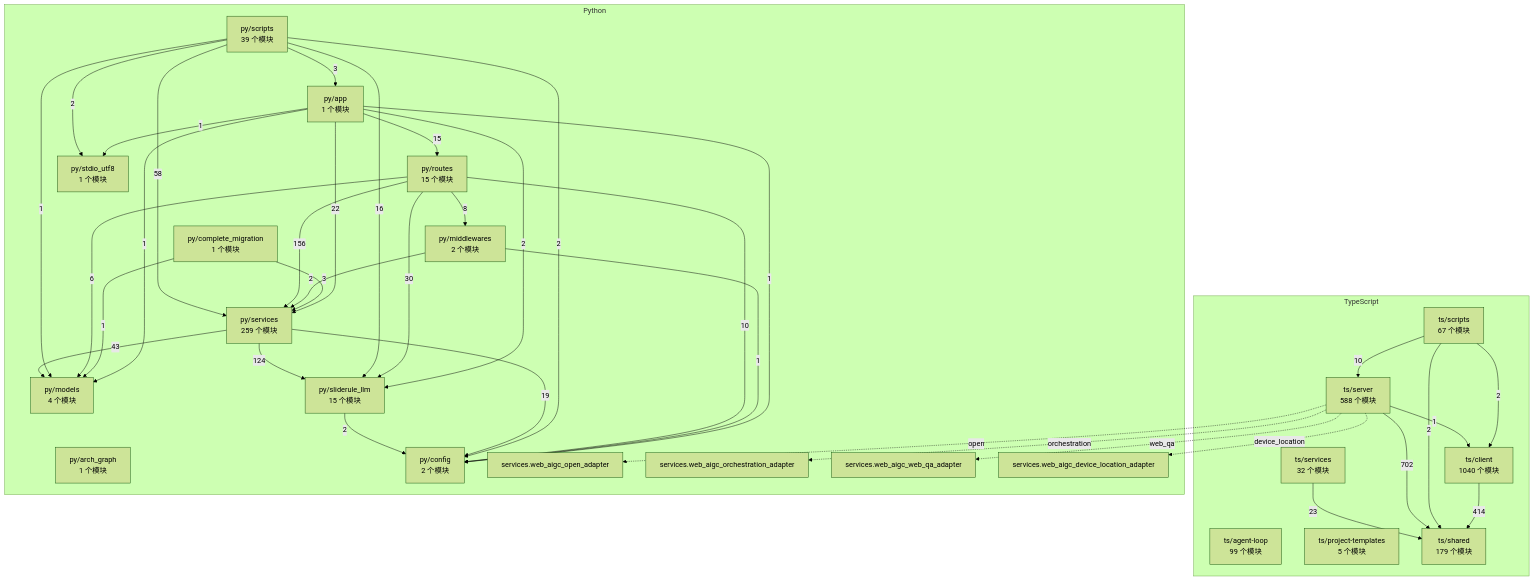
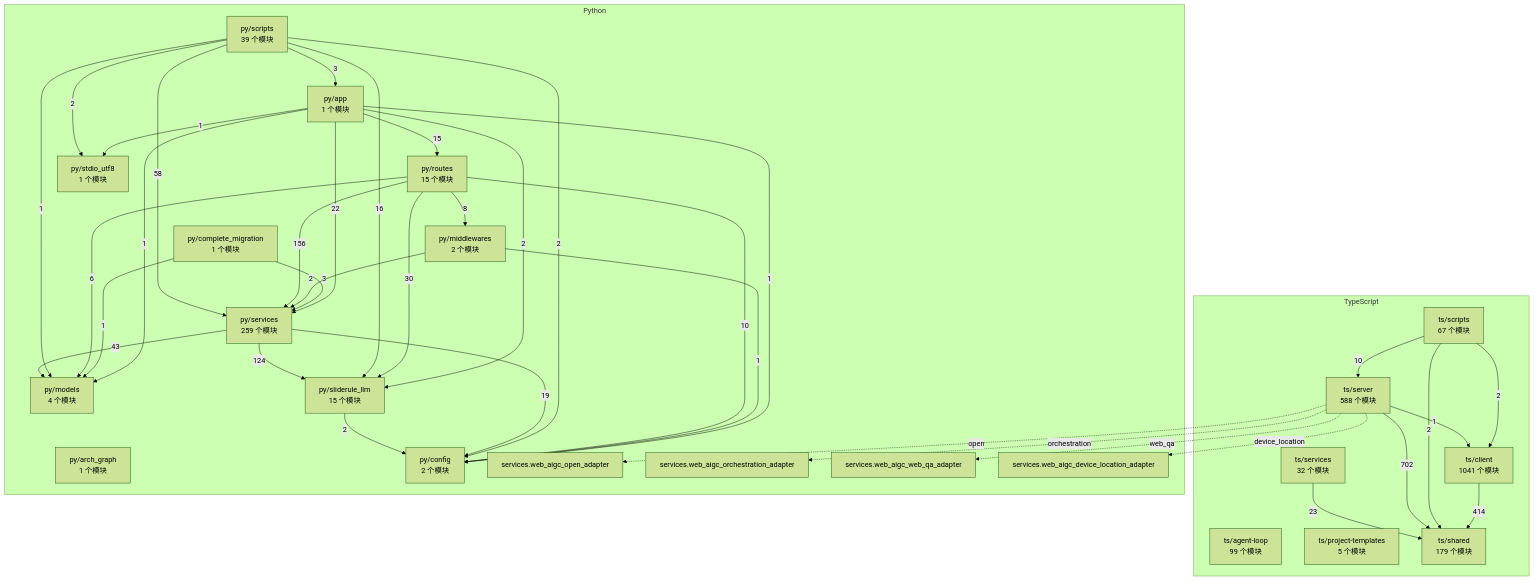
Before and after one commit to 2686521696/WhyBuddy: the diagram in docs/WhyBuddy 全仓架构图（自动生成）.md, drawn with Mermaid (forest theme). The commit also changed 7 other files, not shown here.

````diff
--- a/docs/WhyBuddy 全仓架构图（自动生成）.md
+++ b/docs/WhyBuddy 全仓架构图（自动生成）.md
@@ -14,65 +14,65 @@
 ```mermaid
 flowchart TB
   subgraph ts [TypeScript]
     ts_agent_loop["ts/agent-loop<br/>99 个模块"]
-    ts_client["ts/client<br/>1040 个模块"]
+    ts_client["ts/client<br/>1041 个模块"]
     ts_project_templates["ts/project-templates<br/>5 个模块"]
     ts_scripts["ts/scripts<br/>67 个模块"]
     ts_server["ts/server<br/>588 个模块"]
     ts_services["ts/services<br/>32 个模块"]
     ts_shared["ts/shared<br/>179 个模块"]
   end
   subgraph py [Python]
     py_app["py/app<br/>1 个模块"]
     py_arch_graph["py/arch_graph<br/>1 个模块"]
     py_complete_migration["py/complete_migration<br/>1 个模块"]
     py_config["py/config<br/>2 个模块"]
     py_middlewares["py/middlewares<br/>2 个模块"]
     py_models["py/models<br/>4 个模块"]
     py_routes["py/routes<br/>15 个模块"]
     py_scripts["py/scripts<br/>39 个模块"]
     py_services["py/services<br/>259 个模块"]
     py_sliderule_llm["py/sliderule_llm<br/>15 个模块"]
     py_stdio_utf8["py/stdio_utf8<br/>1 个模块"]
     py_services_web_aigc_open_adapter["services.web_aigc_open_adapter"]
     py_services_web_aigc_orchestration_adapter["services.web_aigc_orchestration_adapter"]
     py_services_web_aigc_web_qa_adapter["services.web_aigc_web_qa_adapter"]
     py_services_web_aigc_device_location_adapter["services.web_aigc_device_location_adapter"]
   end
   ts_client -->|414| ts_shared
   ts_scripts -->|2| ts_client
   ts_scripts -->|10| ts_server
   ts_scripts -->|2| ts_shared
   ts_server -->|1| ts_client
   ts_server -->|702| ts_shared
   ts_services -->|23| ts_shared
   py_app -->|1| py_config
   py_app -->|1| py_models
   py_app -->|15| py_routes
   py_app -->|22| py_services
   py_app -->|2| py_sliderule_llm
   py_app -->|1| py_stdio_utf8
   py_complete_migration -->|1| py_models
   py_complete_migration -->|3| py_services
   py_middlewares -->|1| py_config
   py_middlewares -->|2| py_services
   py_routes -->|10| py_config
   py_routes -->|8| py_middlewares
   py_routes -->|6| py_models
   py_routes -->|156| py_services
   py_routes -->|30| py_sliderule_llm
   py_scripts -->|3| py_app
   py_scripts -->|2| py_config
   py_scripts -->|1| py_models
   py_scripts -->|58| py_services
   py_scripts -->|16| py_sliderule_llm
   py_scripts -->|2| py_stdio_utf8
   py_services -->|19| py_config
   py_services -->|43| py_models
   py_services -->|124| py_sliderule_llm
   py_sliderule_llm -->|2| py_config
   ts_server -.->|open| py_services_web_aigc_open_adapter
   ts_server -.->|orchestration| py_services_web_aigc_orchestration_adapter
   ts_server -.->|web_qa| py_services_web_aigc_web_qa_adapter
   ts_server -.->|device_location| py_services_web_aigc_device_location_adapter
 ```
````
